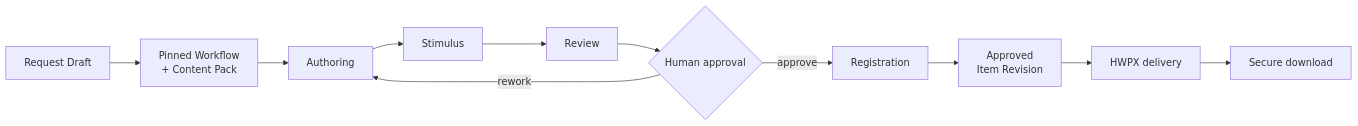
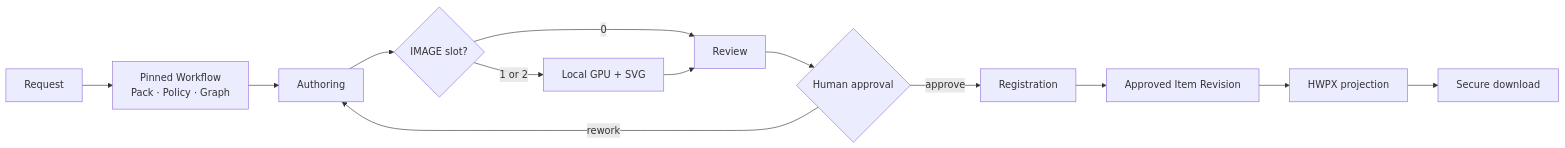
The first of 2 diagrams in README.md (teddyok1206/eomai), drawn with Mermaid before and after one commit. The commit also changed other lines of this file and 3 other files, not shown here.

````diff
--- a/README.md
+++ b/README.md
@@ -78,13 +71,15 @@
 ```mermaid
 flowchart LR
-  R[Request Draft] --> P[Pinned Workflow<br/>+ Content Pack]
+  R[Request] --> P[Pinned Workflow<br/>Pack · Policy · Graph]
   P --> A[Authoring]
-  A --> I[Stimulus]
-  I --> V[Review]
+  A --> I{IMAGE slot?}
+  I -->|0| V[Review]
+  I -->|1 or 2| G[Local GPU + SVG]
+  G --> V
   V --> H{Human approval}
   H -->|rework| A
-  H -->|approve| G[Registration]
-  G --> IR[Approved<br/>Item Revision]
-  IR --> X[HWPX delivery]
+  H -->|approve| C[Registration]
+  C --> IR[Approved Item Revision]
+  IR --> X[HWPX projection]
   X --> D[Secure download]
 ```
````
